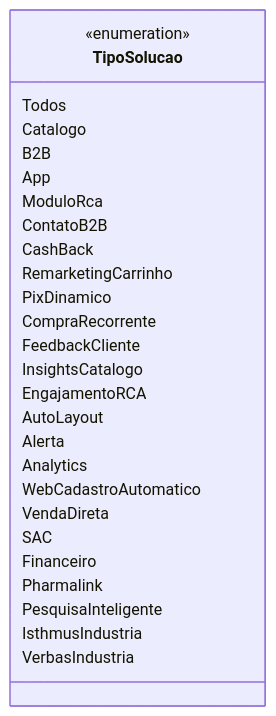
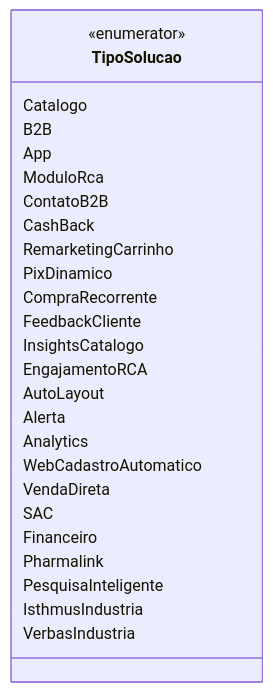
Before and after one commit to IsthmusSistemas/documentacao-tecnica: the diagram in docs/b2b-dominio/IsthmusWinthor.Nucleo/IsthmusWinthor.Dominio/Enumeradores/TipoSolucao.md, drawn with Mermaid. The commit also changed other lines of this file and 882 other files, not shown here.

````diff
--- a/docs/b2b-dominio/IsthmusWinthor.Nucleo/IsthmusWinthor.Dominio/Enumeradores/TipoSolucao.md
+++ b/docs/b2b-dominio/IsthmusWinthor.Nucleo/IsthmusWinthor.Dominio/Enumeradores/TipoSolucao.md
@@ -21,30 +12,29 @@
 ```mermaid
 classDiagram
     class TipoSolucao {
-        <<enumeration>>
-        Todos
+        <<enumerator>>
         Catalogo
         B2B
         App
         ModuloRca
         ContatoB2B
         CashBack
         RemarketingCarrinho
         PixDinamico
         CompraRecorrente
         FeedbackCliente
         InsightsCatalogo
         EngajamentoRCA
         AutoLayout
         Alerta
         Analytics
         WebCadastroAutomatico
         VendaDireta
         SAC
         Financeiro
         Pharmalink
         PesquisaInteligente
         IsthmusIndustria
         VerbasIndustria
     }
 ```
````
